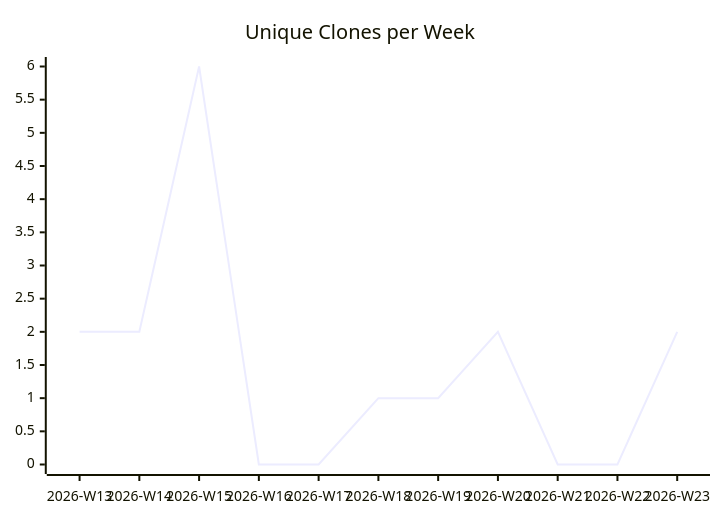
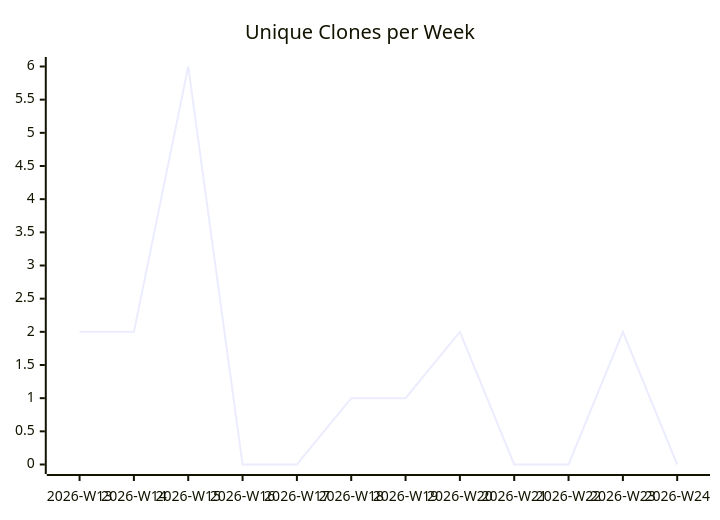
The third of 3 diagrams in karlmdavis/m2e-core-tests/README.md (justdavis-family/github-analytics-data), drawn with Mermaid before and after one commit. The commit also changed other lines of this file and 189 other files, not shown here.

````diff
--- a/karlmdavis/m2e-core-tests/README.md
+++ b/karlmdavis/m2e-core-tests/README.md
@@ -19,6 +19,6 @@
 ```mermaid
 xychart-beta
   title "Unique Clones per Week"
-  x-axis ["2026-W13", "2026-W14", "2026-W15", "2026-W16", "2026-W17", "2026-W18", "2026-W19", "2026-W20", "2026-W21", "2026-W22", "2026-W23"]
-  line [2, 2, 6, 0, 0, 1, 1, 2, 0, 0, 2]
+  x-axis ["2026-W13", "2026-W14", "2026-W15", "2026-W16", "2026-W17", "2026-W18", "2026-W19", "2026-W20", "2026-W21", "2026-W22", "2026-W23", "2026-W24"]
+  line [2, 2, 6, 0, 0, 1, 1, 2, 0, 0, 2, 0]
 ```
````
